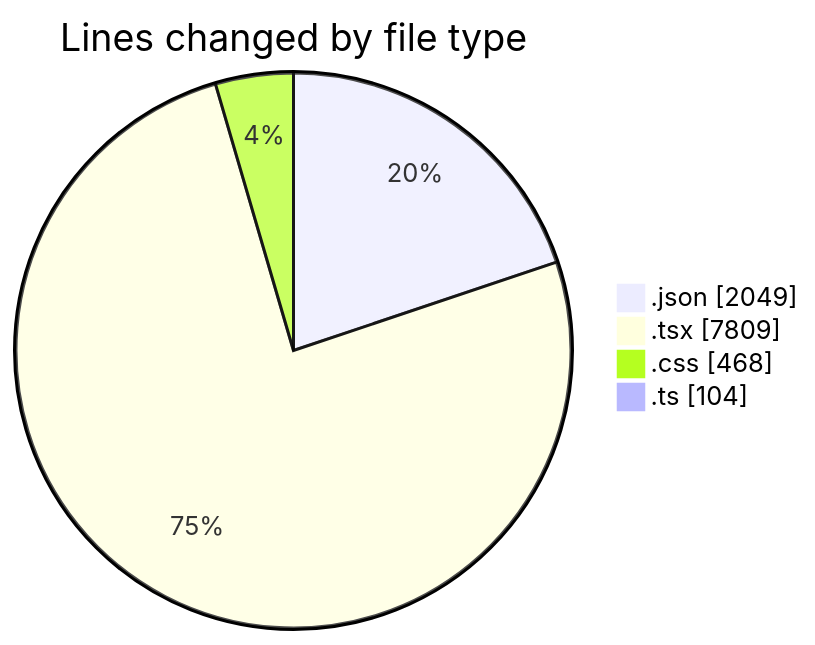
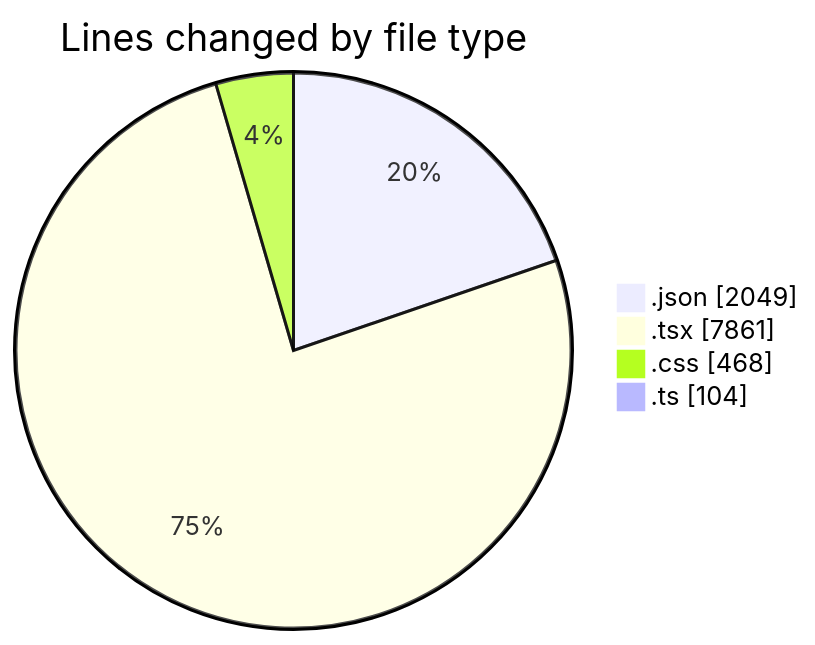
The first of 2 diagrams in 2025-08-14/ribbon/README.md (EIIisD/code-tracking), drawn with Mermaid before and after one commit. The commit also changed other lines of this file and 1 other file, not shown here.

````diff
--- a/2025-08-14/ribbon/README.md
+++ b/2025-08-14/ribbon/README.md
@@ -33,8 +33,8 @@
 ```mermaid
 pie showData
 title Lines changed by file type
 ".json" : 2049
-".tsx" : 7809
+".tsx" : 7861
 ".css" : 468
 ".ts" : 104
 ```
````
